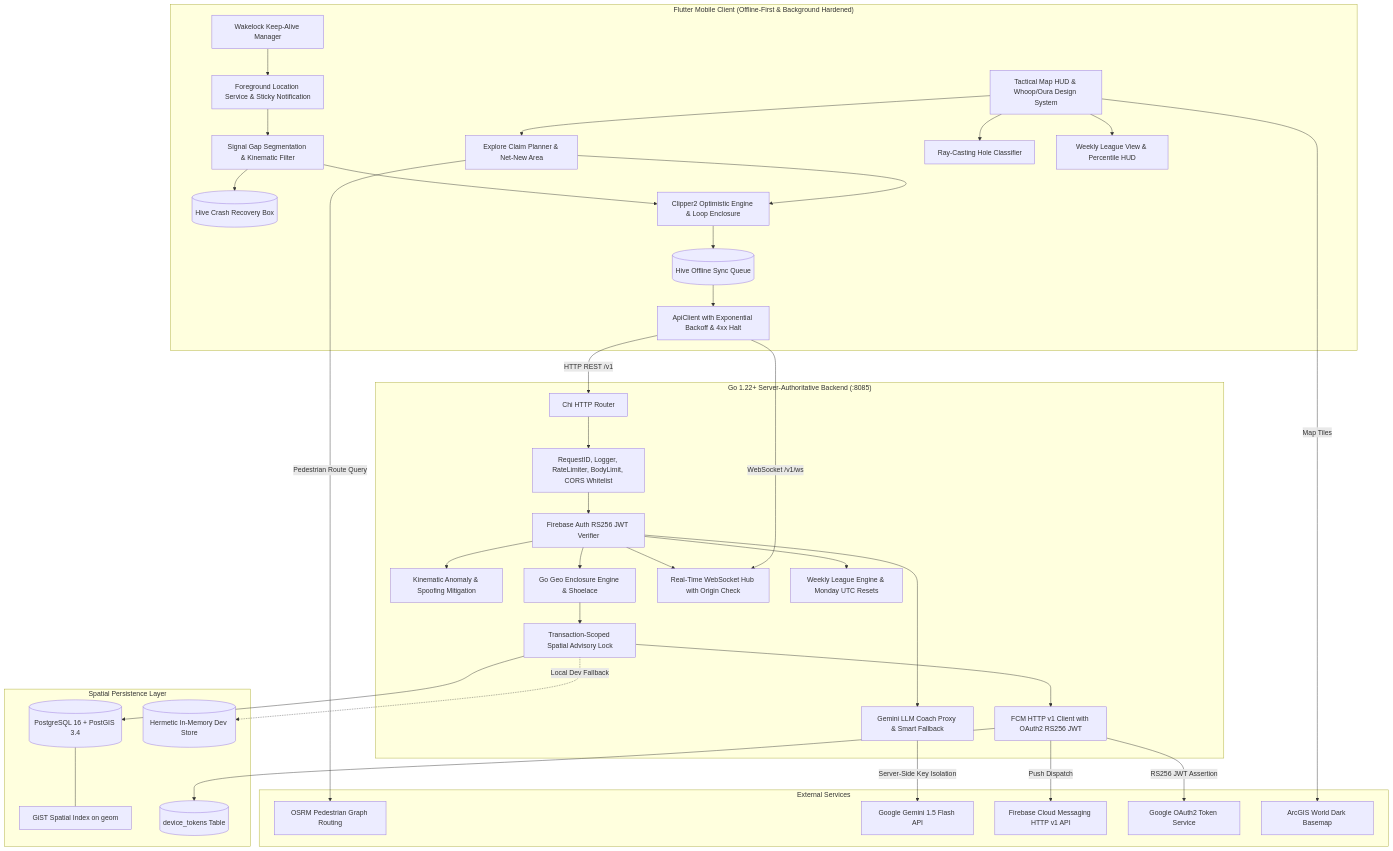
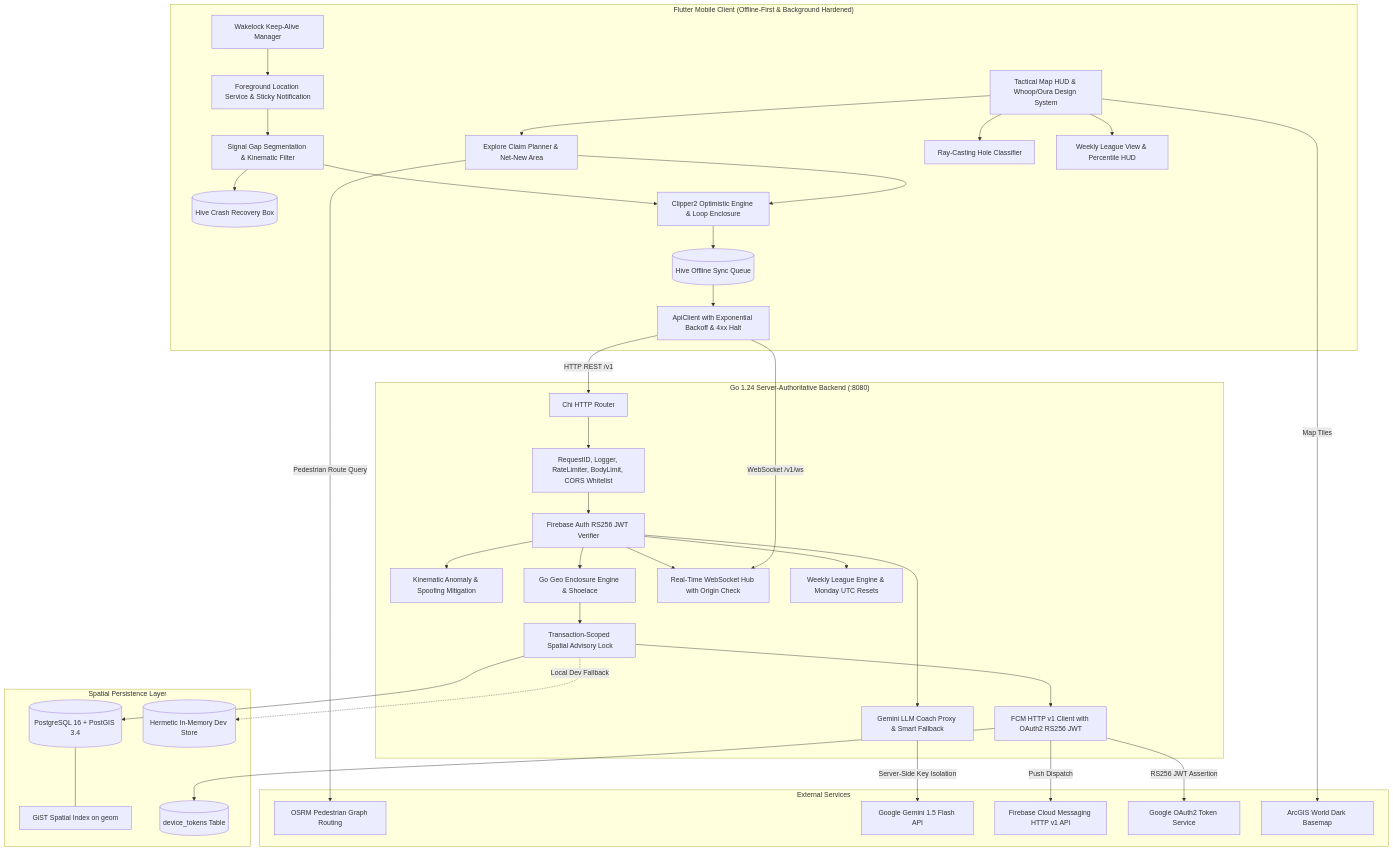
The first of 3 diagrams in README.md (Ayush-00-hui/Territory-Runner-Game), drawn with Mermaid before and after one commit. The commit also changed other lines of this file and 1 other file, not shown here.

````diff
--- a/README.md
+++ b/README.md
@@ -128,78 +128,78 @@
 ```mermaid
 graph TD
     subgraph Client ["Flutter Mobile Client (Offline-First & Background Hardened)"]
         UI[Tactical Map HUD & Whoop/Oura Design System]
         ForegroundService[Foreground Location Service & Sticky Notification]
         WakeLockMgr[Wakelock Keep-Alive Manager]
         CrashBox[(Hive Crash Recovery Box)]
         SignalFilter[Signal Gap Segmentation & Kinematic Filter]
         ClaimPlanner[Explore Claim Planner & Net-New Area]
         LocalEngine[Clipper2 Optimistic Engine & Loop Enclosure]
         HiveQueue[(Hive Offline Sync Queue)]
         ApiClient[ApiClient with Exponential Backoff & 4xx Halt]
         HoleClassifier[Ray-Casting Hole Classifier]
         LeagueView[Weekly League View & Percentile HUD]
         
         ForegroundService --> SignalFilter
         WakeLockMgr --> ForegroundService
         SignalFilter --> CrashBox
         SignalFilter --> LocalEngine
         UI --> ClaimPlanner
         ClaimPlanner --> LocalEngine
         LocalEngine --> HiveQueue
         HiveQueue --> ApiClient
         UI --> HoleClassifier
         UI --> LeagueView
     end
 
-    subgraph Backend ["Go 1.22+ Server-Authoritative Backend (:8085)"]
+    subgraph Backend ["Go 1.24 Server-Authoritative Backend (:8080)"]
         ChiRouter[Chi HTTP Router]
         MiddlewareStack[RequestID, Logger, RateLimiter, BodyLimit, CORS Whitelist]
         AuthVerifier[Firebase Auth RS256 JWT Verifier]
         AntiCheat[Kinematic Anomaly & Spoofing Mitigation]
         GoGeoEngine[Go Geo Enclosure Engine & Shoelace]
         AdvisoryLock[Transaction-Scoped Spatial Advisory Lock]
         WSHub[Real-Time WebSocket Hub with Origin Check]
         CoachProxy[Gemini LLM Coach Proxy & Smart Fallback]
         LeagueEngine[Weekly League Engine & Monday UTC Resets]
         FCMSender[FCM HTTP v1 Client with OAuth2 RS256 JWT]
 
         ChiRouter --> MiddlewareStack
         MiddlewareStack --> AuthVerifier
         AuthVerifier --> AntiCheat
         AuthVerifier --> GoGeoEngine
         AuthVerifier --> WSHub
         AuthVerifier --> CoachProxy
         AuthVerifier --> LeagueEngine
         GoGeoEngine --> AdvisoryLock
         AdvisoryLock --> FCMSender
     end
 
     subgraph Persistence ["Spatial Persistence Layer"]
         PostGIS[(PostgreSQL 16 + PostGIS 3.4)]
         GiSTIndex[GiST Spatial Index on geom]
         DeviceTokens[(device_tokens Table)]
         MemStore[(Hermetic In-Memory Dev Store)]
         
         AdvisoryLock --> PostGIS
         PostGIS --- GiSTIndex
         FCMSender --> DeviceTokens
         AdvisoryLock -.->|Local Dev Fallback| MemStore
     end
 
     subgraph External ["External Services"]
         OSRM[OSRM Pedestrian Graph Routing]
         Gemini[Google Gemini 1.5 Flash API]
         FCMService[Firebase Cloud Messaging HTTP v1 API]
         GoogleOAuth[Google OAuth2 Token Service]
         TileServer[ArcGIS World Dark Basemap]
     end
 
     ApiClient -->|HTTP REST /v1| ChiRouter
     ApiClient -->|WebSocket /v1/ws| WSHub
     FCMSender -->|RS256 JWT Assertion| GoogleOAuth
     FCMSender -->|Push Dispatch| FCMService
     ClaimPlanner -->|Pedestrian Route Query| OSRM
     CoachProxy -->|Server-Side Key Isolation| Gemini
     UI -->|Map Tiles| TileServer
 ```
````
